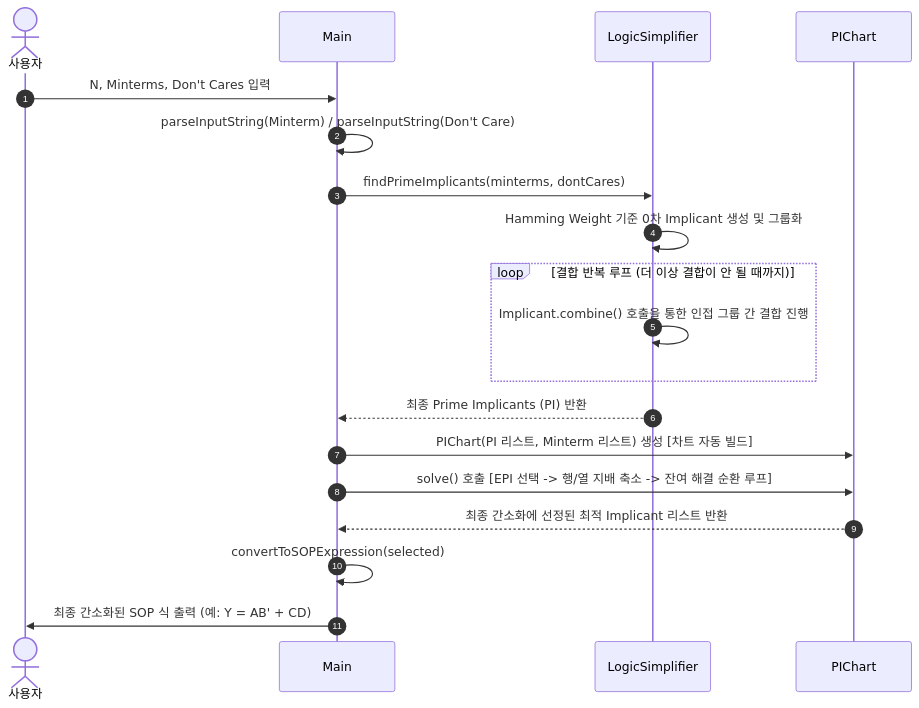
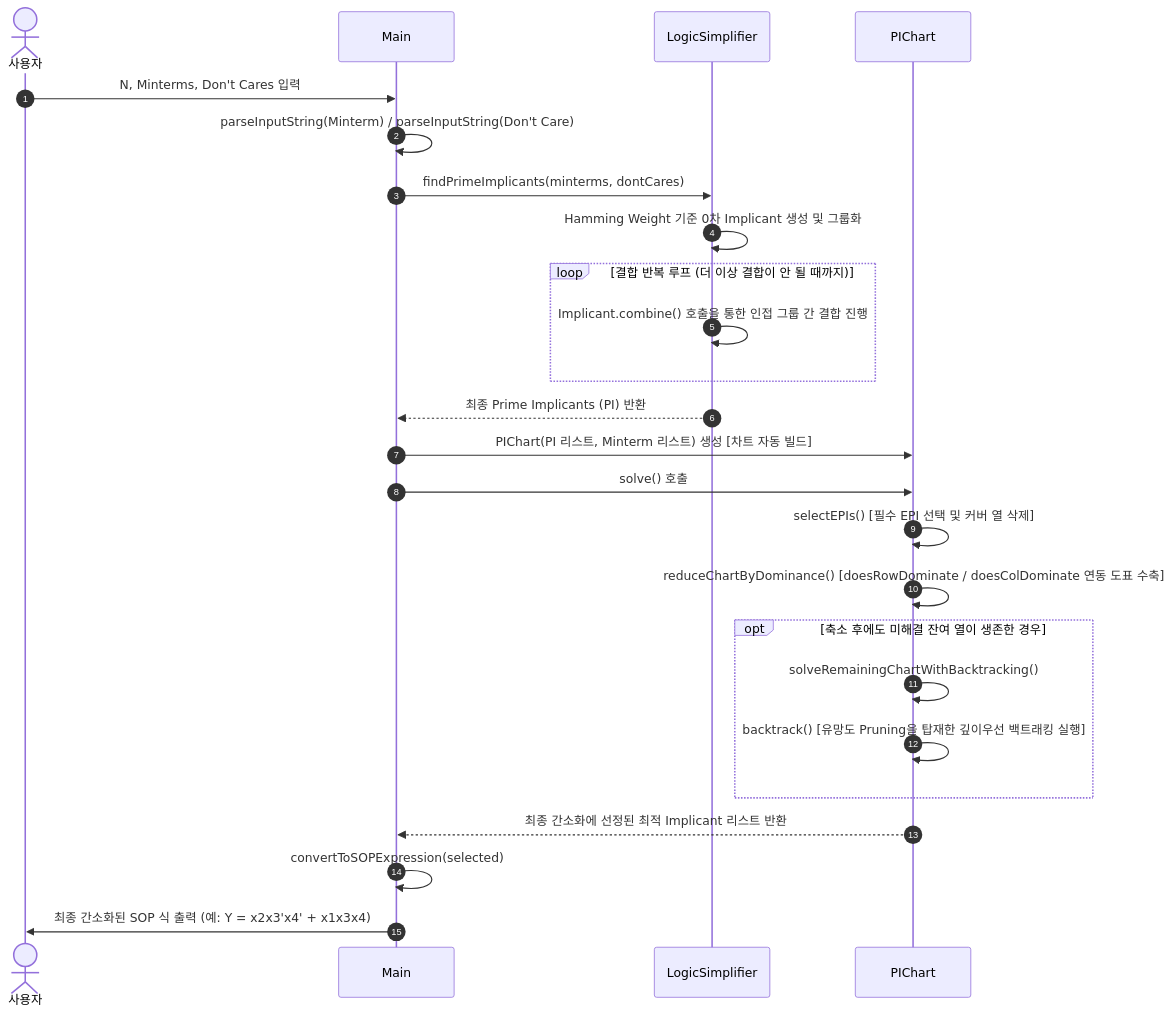
The second of 2 diagrams in methods_structure.md (prestige-kim/Logic-Design), drawn with Mermaid before and after one commit. The commit also changed other lines of this file and 2 other files, not shown here.

Commit message:
docs: synchronize full 1:1 method mapping across specifications and UML diagram

````diff
--- a/methods_structure.md
+++ b/methods_structure.md
@@ -105,24 +124,30 @@
 ```mermaid
 sequenceDiagram
     autonumber
     actor User as 사용자
     participant M as Main
     participant LS as LogicSimplifier
     participant PI as PIChart
     
     User->>M: N, Minterms, Don't Cares 입력
     M->>M: parseInputString(Minterm) / parseInputString(Don't Care)
     M->>LS: findPrimeImplicants(minterms, dontCares)
     LS->>LS: Hamming Weight 기준 0차 Implicant 생성 및 그룹화
     loop 결합 반복 루프 (더 이상 결합이 안 될 때까지)
         LS->>LS: Implicant.combine() 호출을 통한 인접 그룹 간 결합 진행
     end
     LS-->>M: 최종 Prime Implicants (PI) 반환
     
     M->>PI: PIChart(PI 리스트, Minterm 리스트) 생성 [차트 자동 빌드]
-    M->>PI: solve() 호출 [EPI 선택 -> 행/열 지배 축소 -> 잔여 해결 순환 루프]
+    M->>PI: solve() 호출
+    PI->>PI: selectEPIs() [필수 EPI 선택 및 커버 열 삭제]
+    PI->>PI: reduceChartByDominance() [doesRowDominate / doesColDominate 연동 도표 수축]
+    opt 축소 후에도 미해결 잔여 열이 생존한 경우
+        PI->>PI: solveRemainingChartWithBacktracking()
+        PI->>PI: backtrack() [유망도 Pruning을 탑재한 깊이우선 백트래킹 실행]
+    end
     PI-->>M: 최종 간소화에 선정된 최적 Implicant 리스트 반환
     
     M->>M: convertToSOPExpression(selected)
-    M->>User: 최종 간소화된 SOP 식 출력 (예: Y = AB' + CD)
+    M->>User: 최종 간소화된 SOP 식 출력 (예: Y = x2x3'x4' + x1x3x4)
 ```
````
